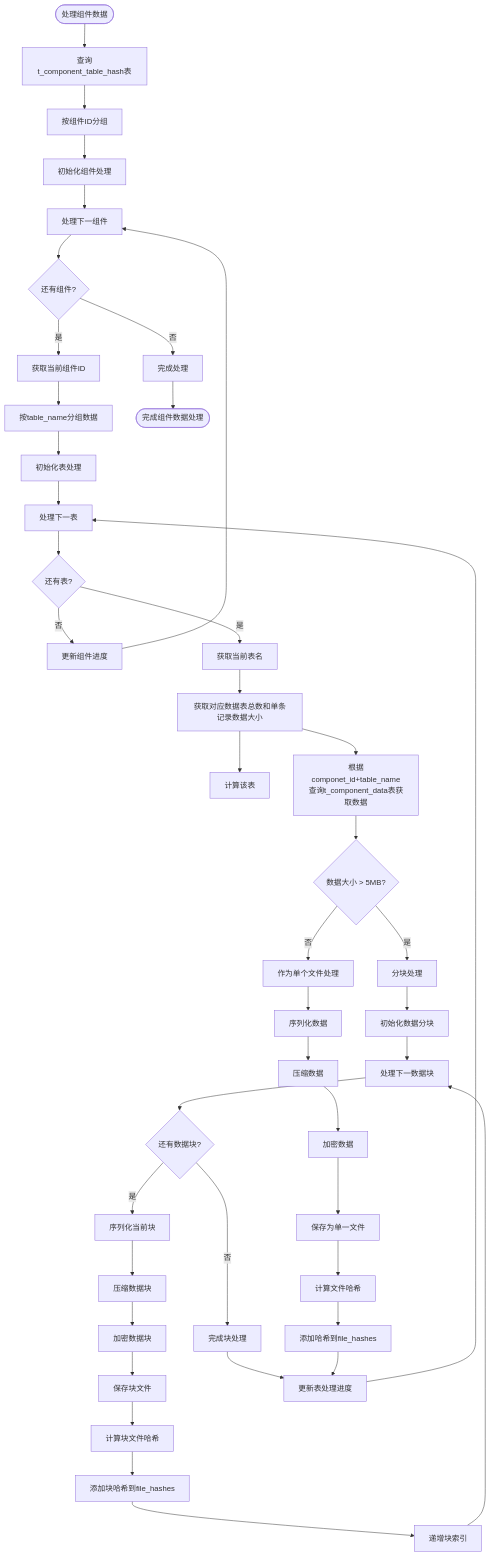
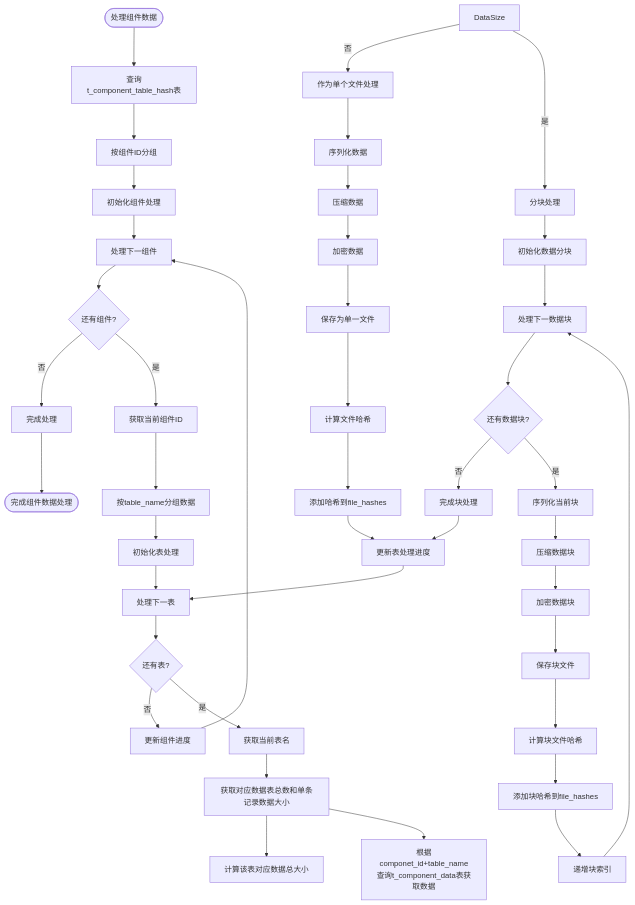
One commit to yingjianzh/iodraw-files changed the diagram in all/未命名-56.md. Above: the diagram before and after it, drawn with Mermaid.

Commit message:
2025-05-12 14:29:28 update

````diff
--- a/all/未命名-56.md
+++ b/all/未命名-56.md
@@ -1,59 +1,59 @@
 ```mermaid
 
 flowchart TD
     Start([处理组件数据]) --> QueryDB[查询t_component_table_hash表]
     QueryDB --> GroupByComp[按组件ID分组]
     GroupByComp --> InitCompProcess[初始化组件处理]
     
     InitCompProcess --> ProcessNextComp[处理下一组件]
     ProcessNextComp --> MoreComps{还有组件?}
     MoreComps -->|否| CompleteProcess[完成处理]
     MoreComps -->|是| GetCompID[获取当前组件ID]
     
     GetCompID --> GroupByTable[按table_name分组数据]
     GroupByTable --> InitTableProcess[初始化表处理]
     
     InitTableProcess --> ProcessNextTable[处理下一表]
     ProcessNextTable --> MoreTables{还有表?}
     MoreTables -->|否| UpdateCompProgress[更新组件进度]
     MoreTables -->|是| GetTableName[获取当前表名]
     
     UpdateCompProgress --> ProcessNextComp
     
     GetTableName --> CheckDataSize[获取对应数据表总数和单条记录数据大小]
-    CheckDataSize --> TotalSize[计算该表]
+    CheckDataSize --> TotalSize[计算该表对应数据总大小]
     CheckDataSize --> QueryTableData[根据componet_id+table_name查询t_component_data表获取数据]
-    QueryTableData --> DataSize{数据大小 > 5MB?}
+   
     
     DataSize -->|否| ProcessSingleFile[作为单个文件处理]
     DataSize -->|是| ProcessMultipleChunks[分块处理]
     
     ProcessSingleFile --> SerializeData[序列化数据]
     SerializeData --> CompressData[压缩数据]
     CompressData --> EncryptData[加密数据]
     EncryptData --> SaveSingleFile[保存为单一文件]
     SaveSingleFile --> CalcFileHash[计算文件哈希]
     CalcFileHash --> AddToFileHashes[添加哈希到file_hashes]
 
     ProcessMultipleChunks --> InitChunks[初始化数据分块]
     InitChunks --> ProcessNextChunk[处理下一数据块]
     
     ProcessNextChunk --> MoreChunks{还有数据块?}
     MoreChunks -->|否| CompleteChunks[完成块处理]
     MoreChunks -->|是| SerializeChunk[序列化当前块]
     
     SerializeChunk --> CompressChunk[压缩数据块]
     CompressChunk --> EncryptChunk[加密数据块]
     EncryptChunk --> SaveChunkFile[保存块文件]
     SaveChunkFile --> CalcChunkHash[计算块文件哈希]
     CalcChunkHash --> AddChunkHash[添加块哈希到file_hashes]
     AddChunkHash --> IncrementChunkIndex[递增块索引]
     IncrementChunkIndex --> ProcessNextChunk
     
     CompleteChunks --> UpdateTableProgress[更新表处理进度]
     AddToFileHashes --> UpdateTableProgress
     UpdateTableProgress --> ProcessNextTable
     
     CompleteProcess --> End([完成组件数据处理])
 
 ```
````
